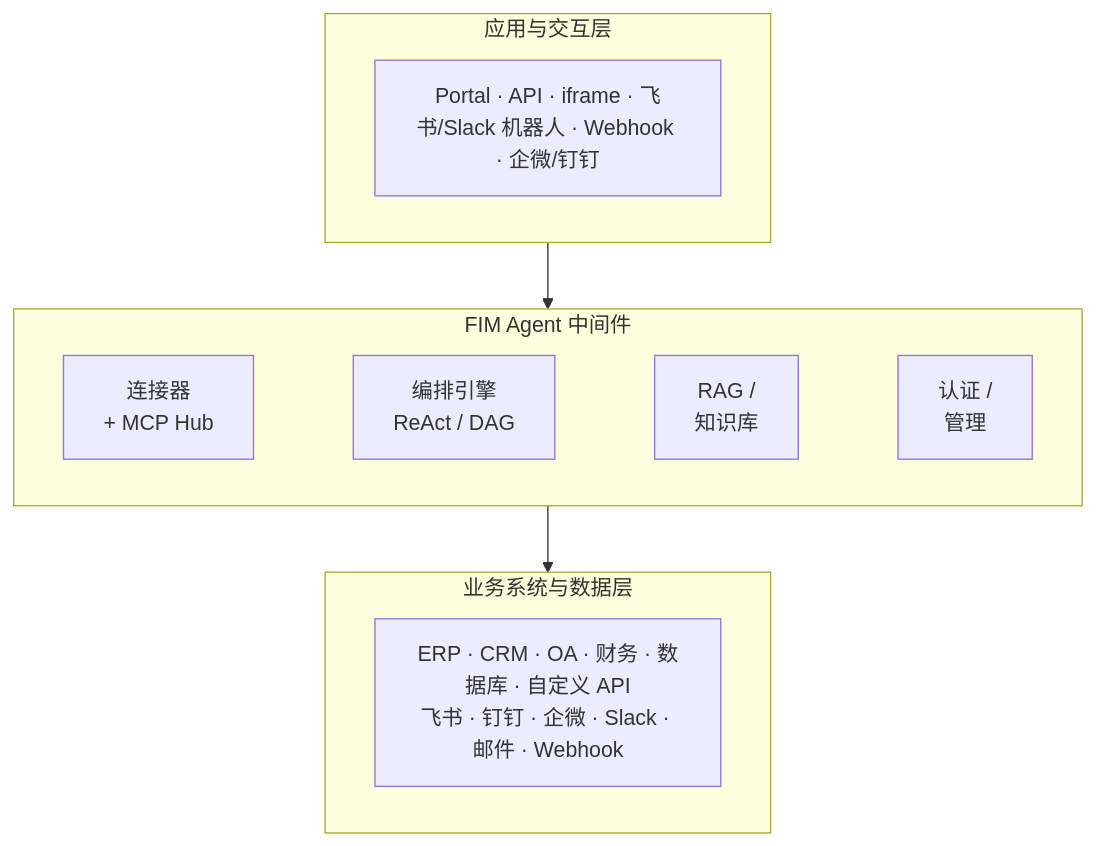
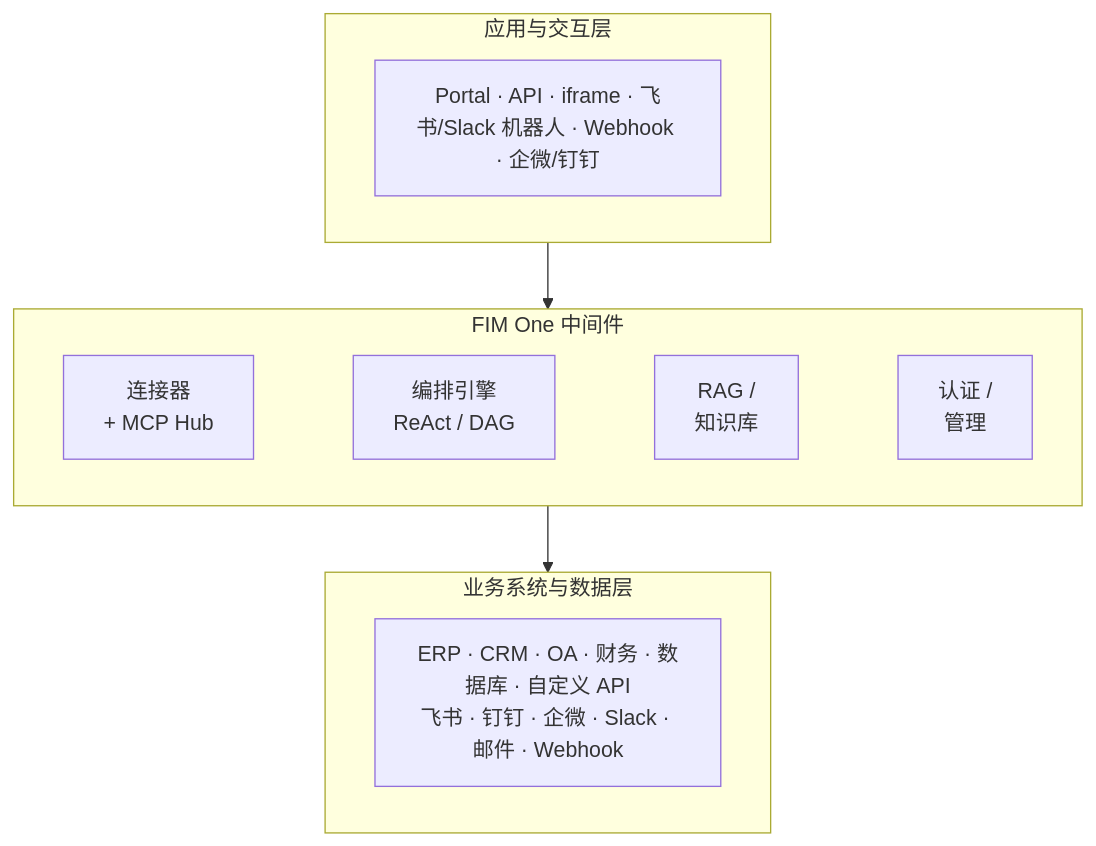
One commit to fim-ai/fim-agent changed the second of 4 diagrams in README.zh.md. Above: the diagram before and after it, drawn with Mermaid. The commit also changed other lines of this file and 463 other files, not shown here.

First line of the commit message:
refactor: rename package from fim_agent to fim_one

````diff
--- a/README.zh.md
+++ b/README.zh.md
@@ -184,14 +184,14 @@
 ```mermaid
 graph TB
     subgraph app["应用与交互层"]
         a["Portal · API · iframe · 飞书/Slack 机器人 · Webhook · 企微/钉钉"]
     end
-    subgraph mid["FIM Agent 中间件"]
+    subgraph mid["FIM One 中间件"]
         direction LR
         m1["连接器<br/>+ MCP Hub"] ~~~ m2["编排引擎<br/>ReAct / DAG"] ~~~ m3["RAG /<br/>知识库"] ~~~ m4["认证 /<br/>管理"]
     end
     subgraph biz["业务系统与数据层"]
         b["ERP · CRM · OA · 财务 · 数据库 · 自定义 API<br/>飞书 · 钉钉 · 企微 · Slack · 邮件 · Webhook"]
     end
     app --> mid --> biz
 ```
````
